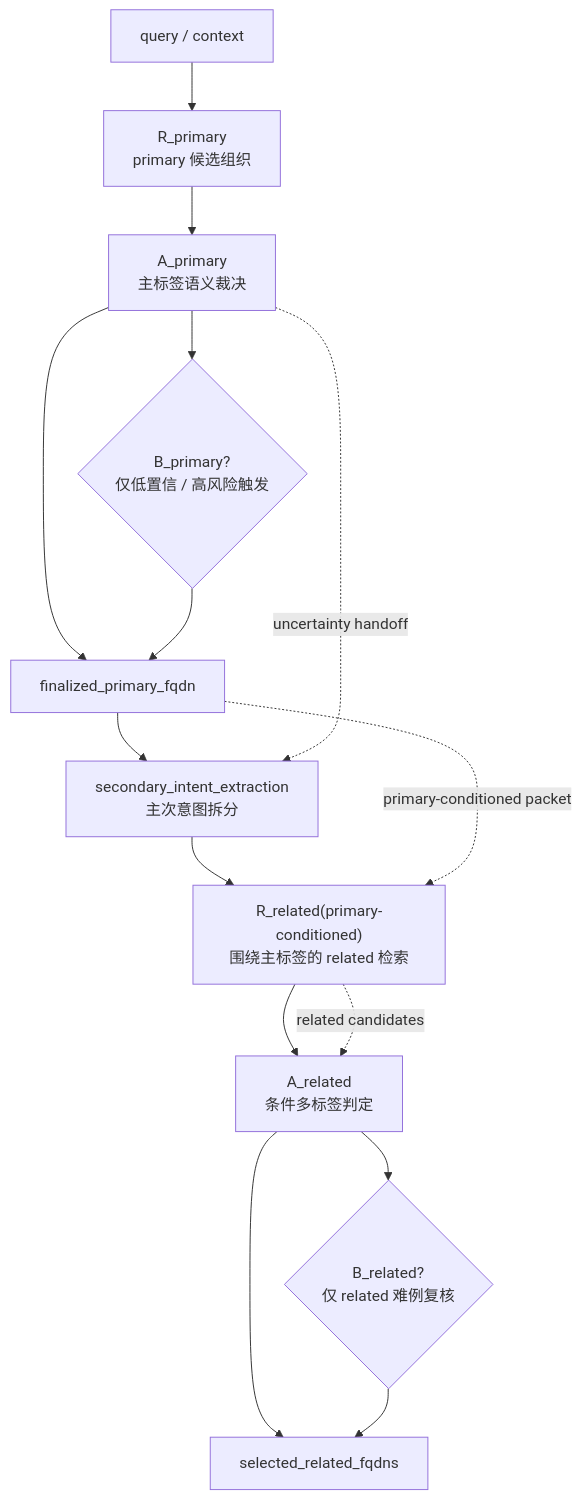
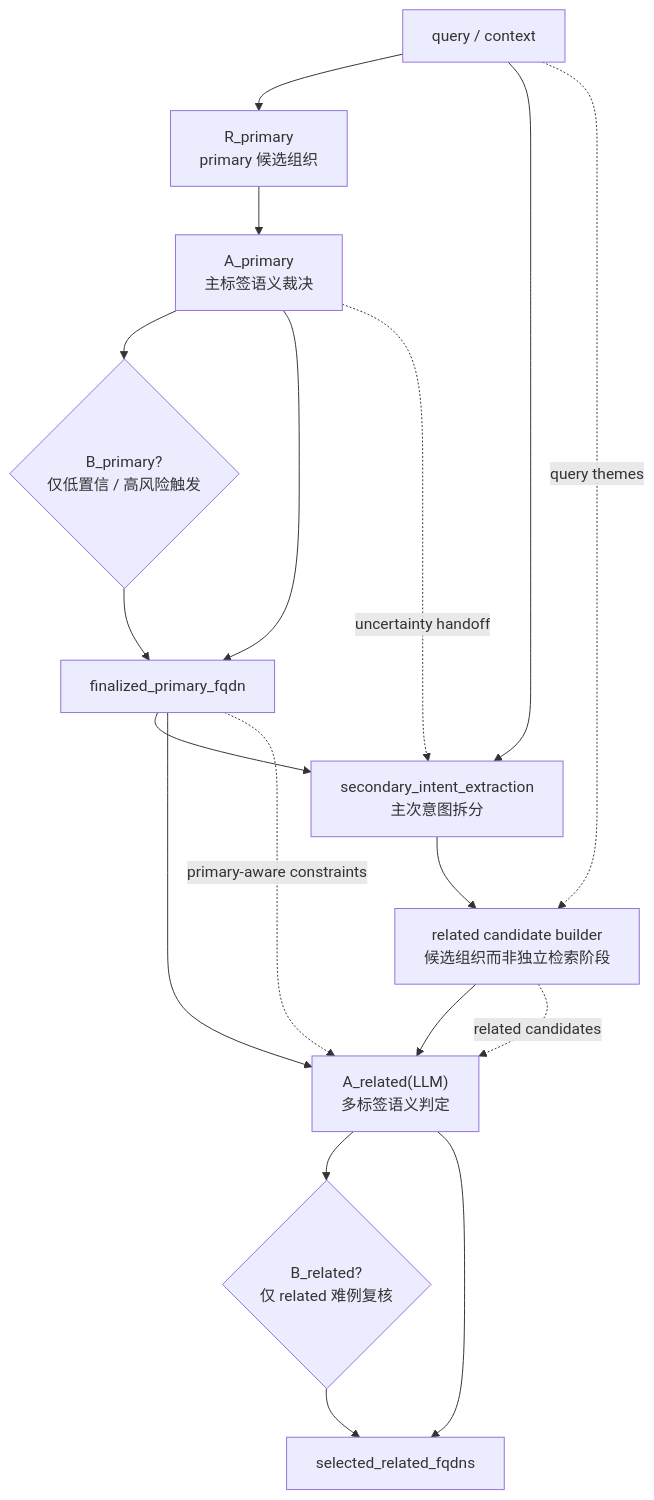
Before and after one commit to ucdsy/IndProject2025: the first of 3 diagrams in closure/30_related_v2_architecture_design.md, drawn with Mermaid. The commit also changed other lines of this file and 37 other files, not shown here.

````diff
--- a/closure/30_related_v2_architecture_design.md
+++ b/closure/30_related_v2_architecture_design.md
@@ -88,19 +88,22 @@
 ```mermaid
 flowchart TD
     Q["query / context"] --> RP["R_primary<br/>primary 候选组织"]
     RP --> AP["A_primary<br/>主标签语义裁决"]
     AP --> BP{"B_primary?<br/>仅低置信 / 高风险触发"}
     AP --> FP["finalized_primary_fqdn"]
     BP --> FP
 
-    FP --> SE["secondary_intent_extraction<br/>主次意图拆分"]
-    SE --> RR["R_related(primary-conditioned)<br/>围绕主标签的 related 检索"]
-    RR --> AR["A_related<br/>条件多标签判定"]
+    Q --> SE["secondary_intent_extraction<br/>主次意图拆分"]
+    FP --> SE
+    SE --> RR["related candidate builder<br/>候选组织而非独立检索阶段"]
+    RR --> AR["A_related(LLM)<br/>多标签语义判定"]
+    FP --> AR
     AR --> BR{"B_related?<br/>仅 related 难例复核"}
     AR --> SR["selected_related_fqdns"]
     BR --> SR
 
     AP -. uncertainty handoff .-> SE
-    FP -. primary-conditioned packet .-> RR
+    Q -. query themes .-> RR
     RR -. related candidates .-> AR
+    FP -. primary-aware constraints .-> AR
 ```
````
